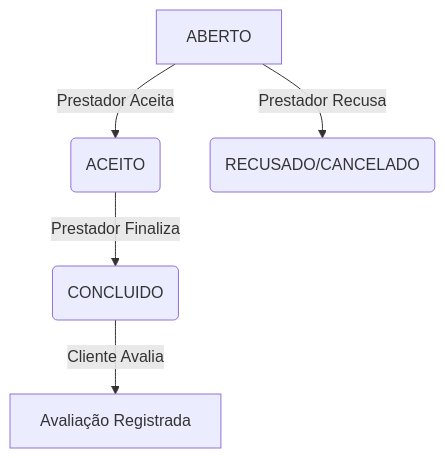
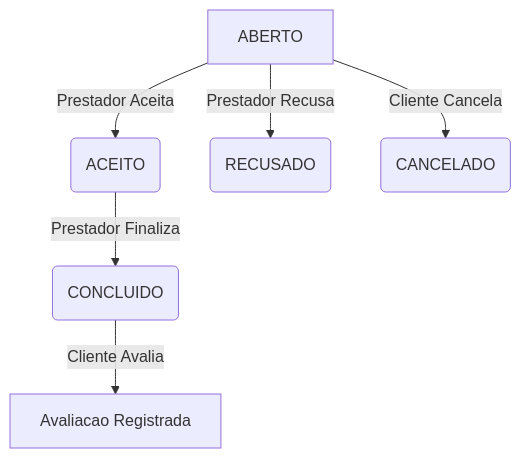
The diagram in docs/WORKFLOW.md (natanlopes/EasyBiz), drawn with Mermaid before and after one commit. The commit also changed other lines of this file, not shown here.

````diff
--- a/docs/WORKFLOW.md
+++ b/docs/WORKFLOW.md
@@ -8,7 +7,8 @@
 ```mermaid
 graph TD
     A[ABERTO] -->|Prestador Aceita| B(ACEITO)
-    A -->|Prestador Recusa| C(RECUSADO/CANCELADO)
-    B -->|Prestador Finaliza| D(CONCLUIDO)
-    D -->|Cliente Avalia| E[Avaliação Registrada]
+    A -->|Prestador Recusa| C(RECUSADO)
+    A -->|Cliente Cancela| D(CANCELADO)
+    B -->|Prestador Finaliza| E(CONCLUIDO)
+    E -->|Cliente Avalia| F[Avaliacao Registrada]
 ```
````
